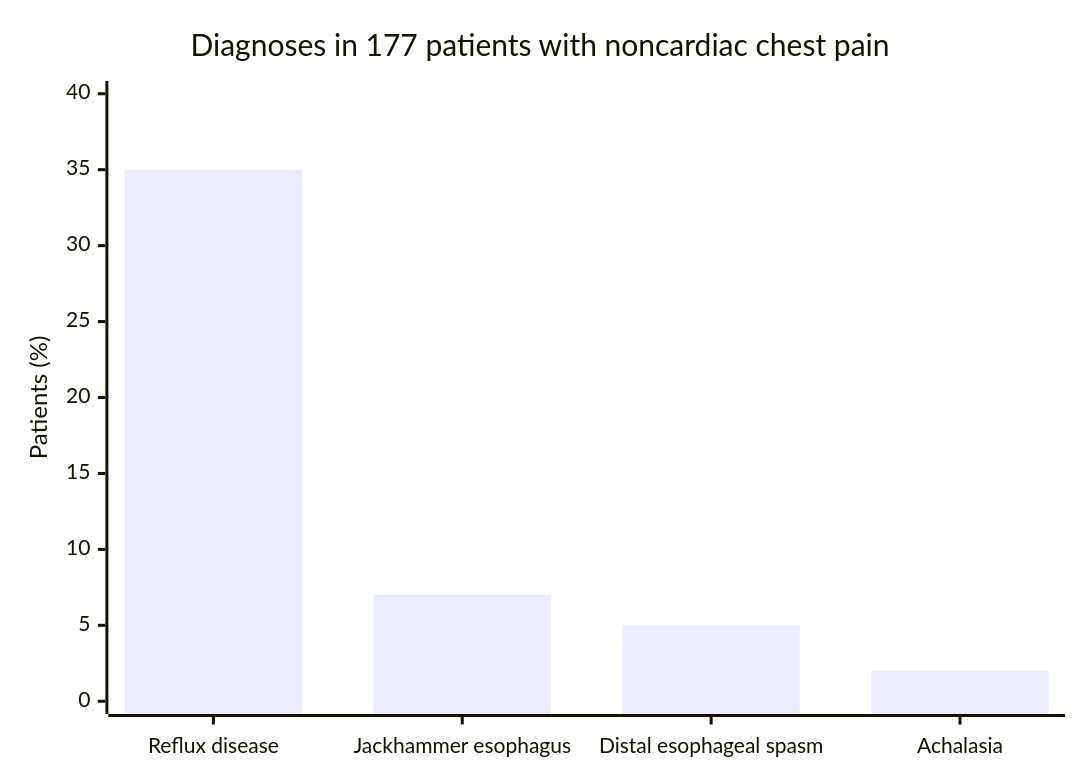
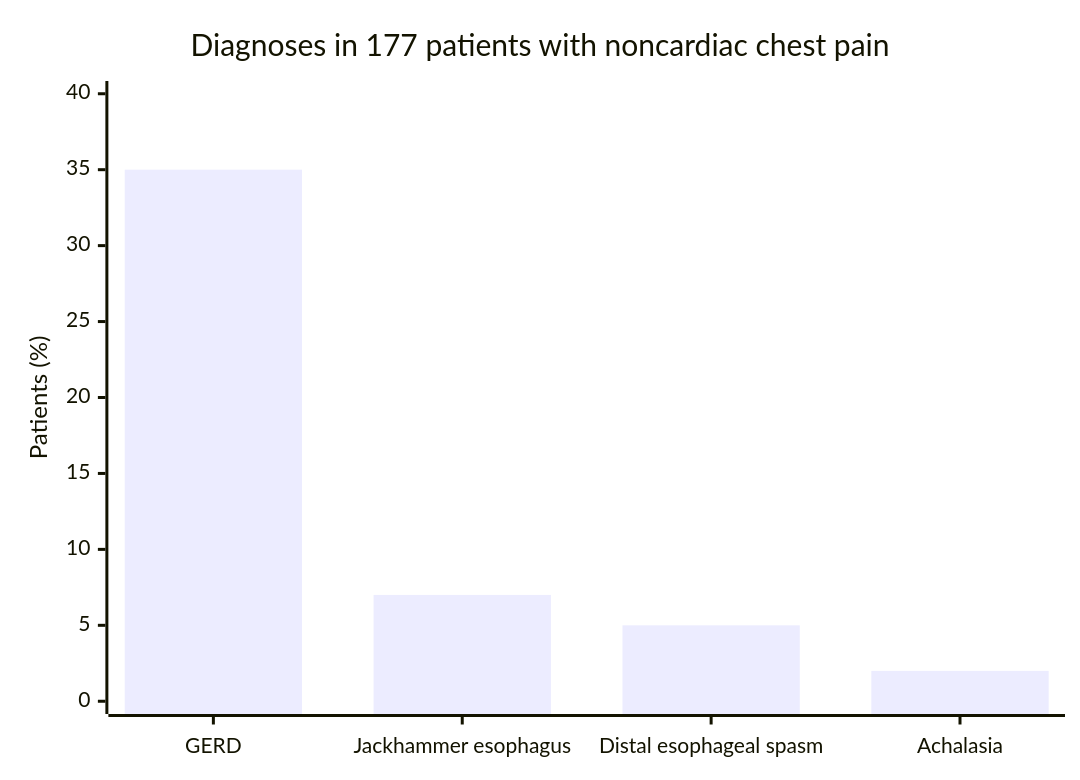
The diagram in KHNL-GI-Wiki/wiki/4-advanced-gi-procedures/foregut-and-motility-procedures/high-resolution-manometry.md (KHNickLeMD/KHNL-GI-Wiki), drawn with Mermaid before and after one commit. The commit also changed other lines of this file and 5 other files, not shown here.

````diff
--- a/KHNL-GI-Wiki/wiki/4-advanced-gi-procedures/foregut-and-motility-procedures/high-resolution-manometry.md
+++ b/KHNL-GI-Wiki/wiki/4-advanced-gi-procedures/foregut-and-motility-procedures/high-resolution-manometry.md
@@ -158,7 +160,7 @@
 ```mermaid
 xychart-beta
     title "Diagnoses in 177 patients with noncardiac chest pain"
-    x-axis ["Reflux disease", "Jackhammer esophagus", "Distal esophageal spasm", "Achalasia"]
+    x-axis ["GERD", "Jackhammer esophagus", "Distal esophageal spasm", "Achalasia"]
     y-axis "Patients (%)" 0 --> 40
     bar [35, 7, 5, 2]
 ```
````
